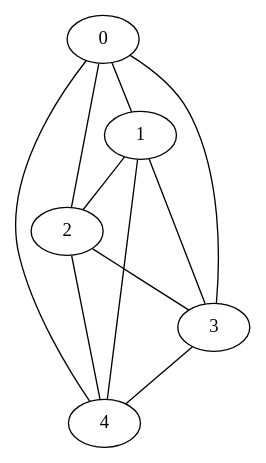
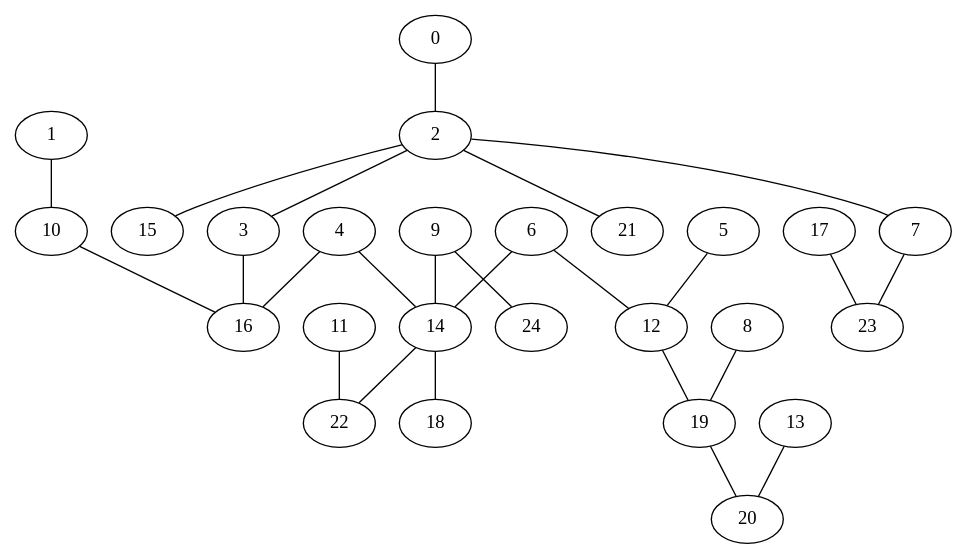
One commit to JacobLMiller/580-graph-classification changed the diagram in output.dot. Above: the diagram before and after it, drawn with Graphviz. The commit also changed 22 other files, not shown here.

```diff
--- a/output.dot
+++ b/output.dot
@@ -1,17 +1,51 @@
 strict graph "" {
-	0	 [pos="-12.136886632821156,-42.90664458669058"];
-	1	 [pos="-32.60721576949477,72.61838605392968"];
-	0 -- 1;
-	2	 [pos="19.512474718758526,22.042331088846836"];
+	0	 [pos="272.71185205937235,285.61199538830533"];
+	2	 [pos="162.1429703675161,299.7969345522035"];
 	0 -- 2;
-	3	 [pos="-96.95019718165786,38.536424605555645"];
-	0 -- 3;
-	4	 [pos="-83.71683941353685,-32.79985965739635"];
-	0 -- 4;
-	1 -- 2;
-	1 -- 3;
-	1 -- 4;
+	1	 [pos="344.5830729261619,-20.64353495121411"];
+	10	 [pos="240.11463683261692,21.02635185939483"];
+	1 -- 10;
+	3	 [pos="133.4910835870697,185.97754290508846"];
 	2 -- 3;
-	2 -- 4;
-	3 -- 4;
+	7	 [pos="223.51586316889995,400.52181721479457"];
+	2 -- 7;
+	15	 [pos="107.96964116942188,375.936161911573"];
+	2 -- 15;
+	21	 [pos="50.89162126897781,365.29585956090136"];
+	2 -- 21;
+	16	 [pos="130.0926158724212,68.47421076084626"];
+	3 -- 16;
+	4	 [pos="40.25237694872465,-8.88561321857785"];
+	14	 [pos="-45.673629090846745,-92.6695308714574"];
+	4 -- 14;
+	4 -- 16;
+	5	 [pos="-340.38254782698993,-170.1729740312299"];
+	12	 [pos="-242.85336096565482,-229.1332911964176"];
+	5 -- 12;
+	6	 [pos="-144.18664939925245,-162.62061161126863"];
+	6 -- 12;
+	6 -- 14;
+	23	 [pos="280.3412211030724,489.68690663022556"];
+	7 -- 23;
+	8	 [pos="-403.5509911843434,-339.50667331734945"];
+	19	 [pos="-292.5479233864653,-332.83748862386653"];
+	8 -- 19;
+	9	 [pos="-128.44676033303546,-15.21263243037027"];
+	9 -- 14;
+	24	 [pos="-219.67064787698578,46.216147455341066"];
+	9 -- 24;
+	10 -- 16;
+	11	 [pos="105.4711556668712,-288.3450537695765"];
+	22	 [pos="41.555643639517,-192.57369655948463"];
+	11 -- 22;
+	12 -- 19;
+	13	 [pos="-302.995029932232,-549.1443399612659"];
+	20	 [pos="-283.76209935441443,-444.1093252966367"];
+	13 -- 20;
+	18	 [pos="-20.339359290822426,-173.78500859379287"];
+	14 -- 18;
+	14 -- 22;
+	17	 [pos="353.7250509520867,563.2180703921053"];
+	17 -- 23;
+	19 -- 20;
 }
```
